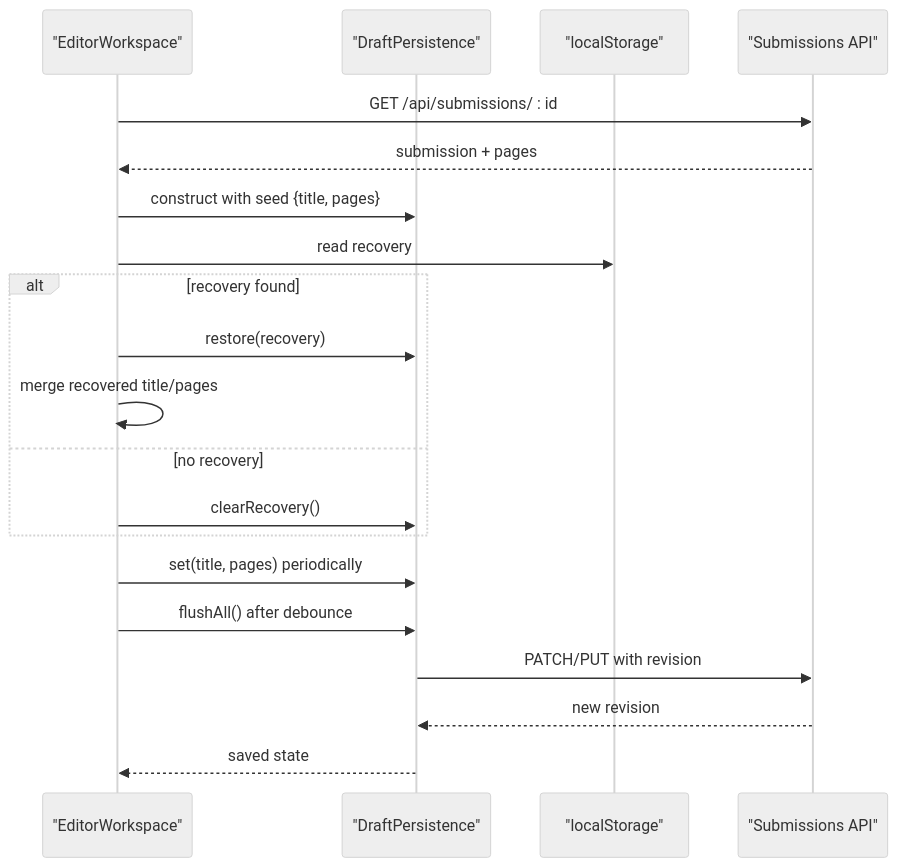
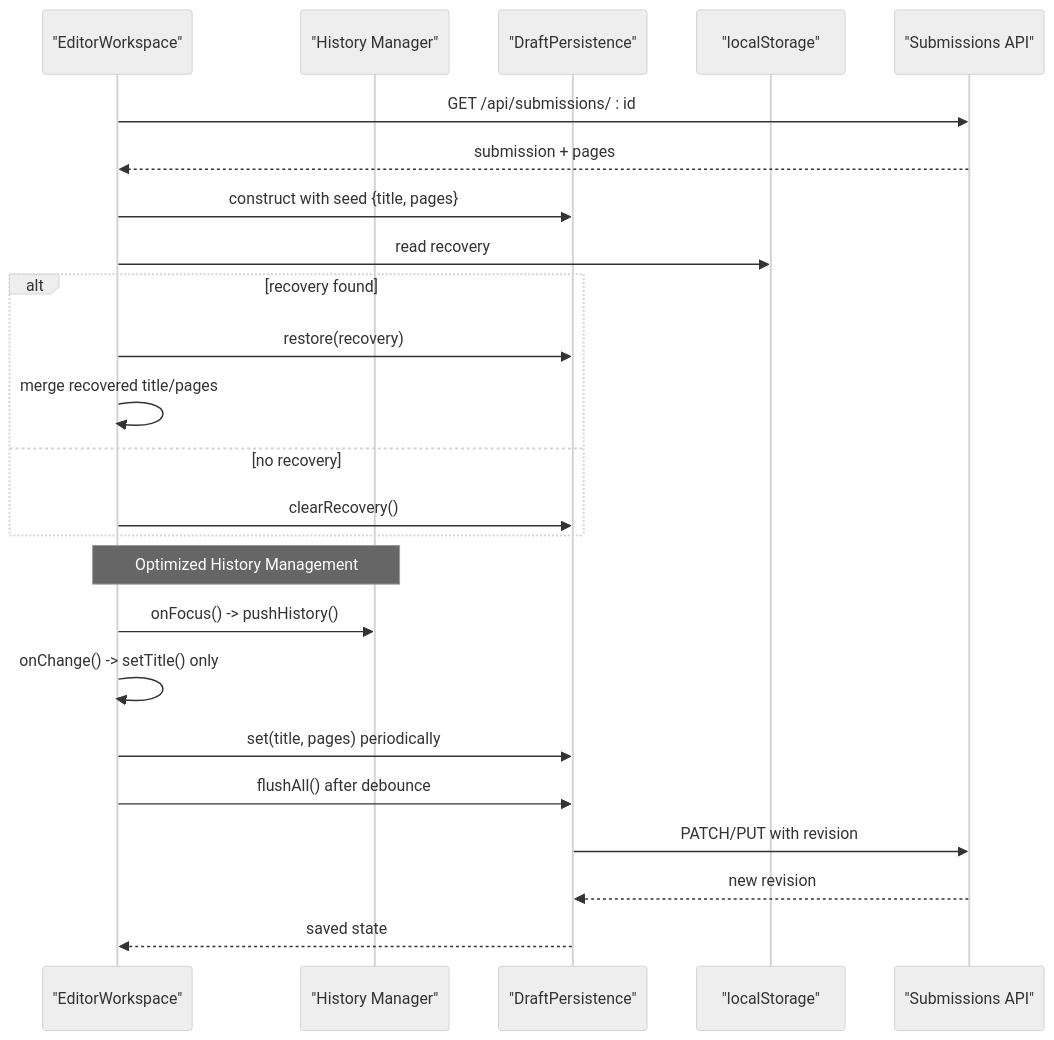
One commit to Crowdspender/titchybooks-app changed the fourth of 8 diagrams in .qoder/repowiki/en/content/Architecture Overview/Frontend Architecture/Editor Persistence & Draft Recovery.md. Above: the diagram before and after it, drawn with Mermaid (neutral theme). The commit also changed other lines of this file and 8 other files, not shown here.

````diff
--- a/.qoder/repowiki/en/content/Architecture Overview/Frontend Architecture/Editor Persistence & Draft Recovery.md
+++ b/.qoder/repowiki/en/content/Architecture Overview/Frontend Architecture/Editor Persistence & Draft Recovery.md
@@ -202,22 +222,26 @@
 ```mermaid
 sequenceDiagram
 participant EW as "EditorWorkspace"
+participant HM as "History Manager"
 participant DP as "DraftPersistence"
 participant LS as "localStorage"
 participant API as "Submissions API"
 EW->>API : GET /api/submissions/ : id
 API-->>EW : submission + pages
 EW->>DP : construct with seed {title, pages}
 EW->>LS : read recovery
 alt recovery found
 EW->>DP : restore(recovery)
 EW->>EW : merge recovered title/pages
 else no recovery
 EW->>DP : clearRecovery()
 end
+Note over EW,HM : Optimized History Management
+EW->>HM : onFocus() -> pushHistory()
+EW->>EW : onChange() -> setTitle() only
 EW->>DP : set(title, pages) periodically
 EW->>DP : flushAll() after debounce
 DP->>API : PATCH/PUT with revision
 API-->>DP : new revision
 DP-->>EW : saved state
 ```
````
